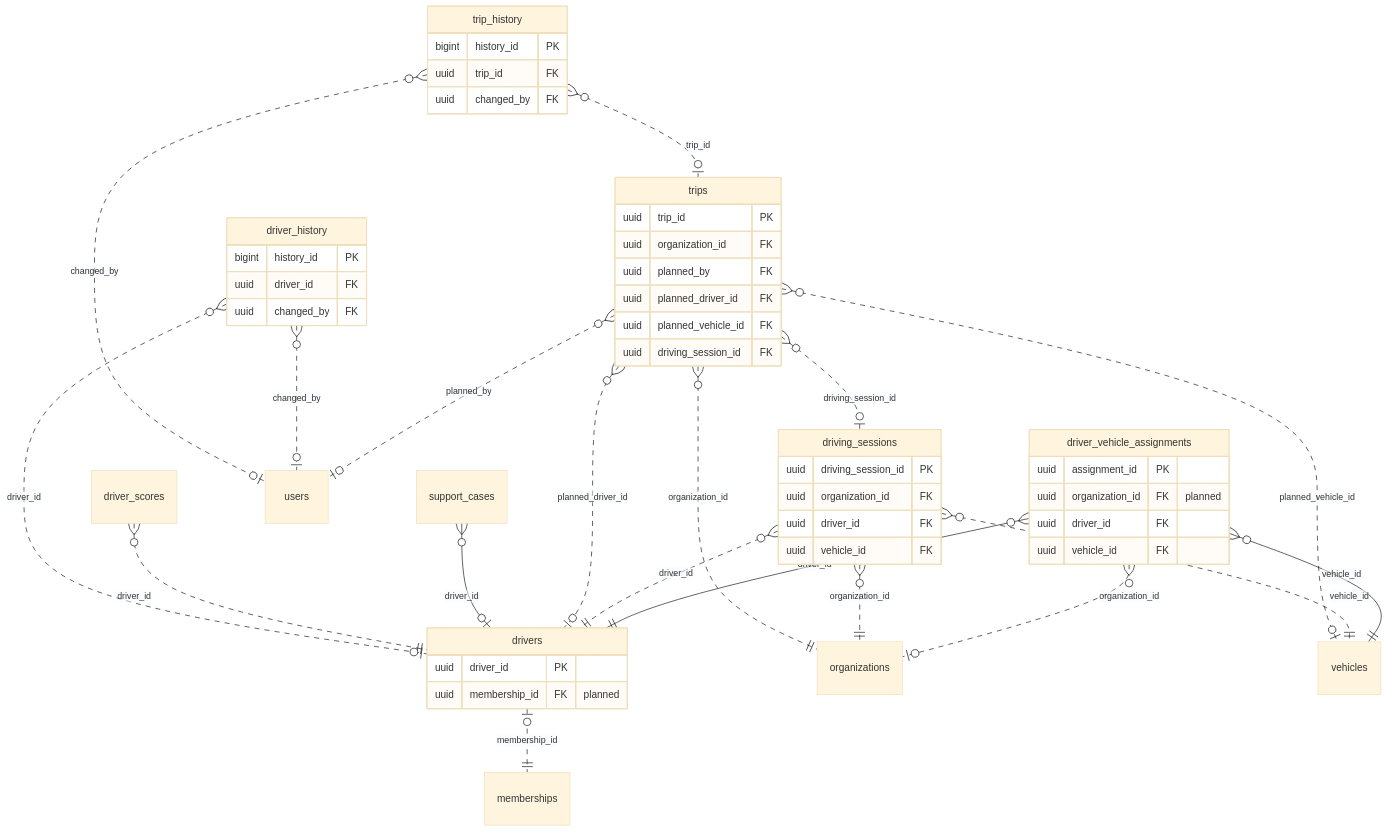
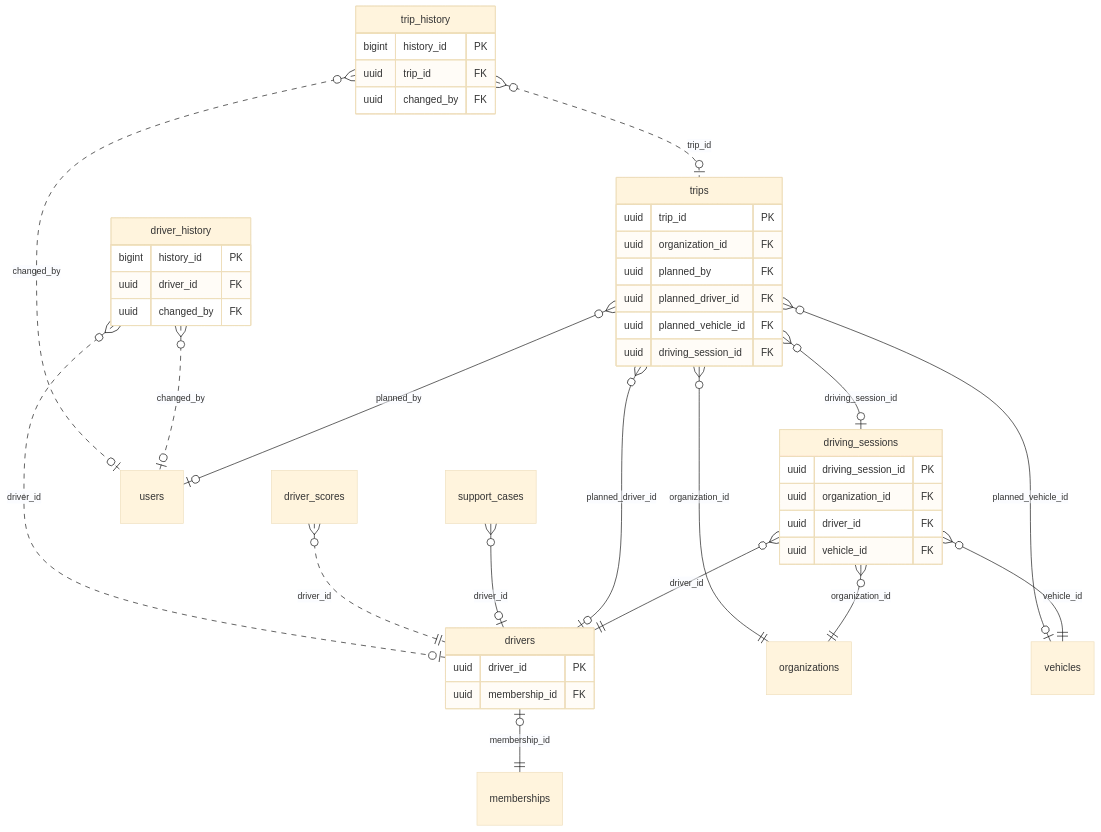
Before and after one commit to yolo-coccoc/G3Network-app: the diagram in docs/design/domain-model/domains/drivers.md, drawn with Mermaid (base theme). The commit also changed other lines of this file and 41 other files, not shown here.

First line of the commit message:
feat(drivers): build drivers, driving sessions, trips and fleet limits (WP1)

````diff
--- a/docs/design/domain-model/domains/drivers.md
+++ b/docs/design/domain-model/domains/drivers.md
@@ -18,55 +18,46 @@
 ```mermaid
 erDiagram
   drivers {
     uuid driver_id PK
-    uuid membership_id FK "planned"
+    uuid membership_id FK
   }
   driver_history {
     bigint history_id PK
     uuid driver_id FK
     uuid changed_by FK
-  }
-  driver_vehicle_assignments {
-    uuid assignment_id PK
-    uuid organization_id FK "planned"
-    uuid driver_id FK
-    uuid vehicle_id FK
   }
   driving_sessions {
     uuid driving_session_id PK
     uuid organization_id FK
     uuid driver_id FK
     uuid vehicle_id FK
   }
   trips {
     uuid trip_id PK
     uuid organization_id FK
     uuid planned_by FK
     uuid planned_driver_id FK
     uuid planned_vehicle_id FK
     uuid driving_session_id FK
   }
   trip_history {
     bigint history_id PK
     uuid trip_id FK
     uuid changed_by FK
   }
-  drivers |o..|| memberships : "membership_id"
-  driver_vehicle_assignments }o..o| organizations : "organization_id"
-  driver_vehicle_assignments }o--|| drivers : "driver_id"
-  driver_vehicle_assignments }o--|| vehicles : "vehicle_id"
-  driving_sessions }o..|| organizations : "organization_id"
-  driving_sessions }o..|| drivers : "driver_id"
-  driving_sessions }o..|| vehicles : "vehicle_id"
-  trips }o..|| organizations : "organization_id"
-  trips }o..o| users : "planned_by"
-  trips }o..o| drivers : "planned_driver_id"
-  trips }o..o| vehicles : "planned_vehicle_id"
-  trips }o..o| driving_sessions : "driving_session_id"
+  drivers |o--|| memberships : "membership_id"
+  driving_sessions }o--|| organizations : "organization_id"
+  driving_sessions }o--|| drivers : "driver_id"
+  driving_sessions }o--|| vehicles : "vehicle_id"
+  trips }o--|| organizations : "organization_id"
+  trips }o--o| users : "planned_by"
+  trips }o--o| drivers : "planned_driver_id"
+  trips }o--o| vehicles : "planned_vehicle_id"
+  trips }o--o| driving_sessions : "driving_session_id"
   support_cases }o--o| drivers : "driver_id"
   driver_scores }o..|| drivers : "driver_id"
   driver_history }o..o| drivers : "driver_id"
   driver_history }o..o| users : "changed_by"
   trip_history }o..o| trips : "trip_id"
   trip_history }o..o| users : "changed_by"
 ```
````
